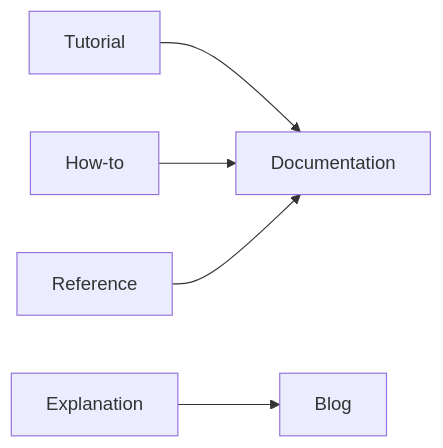
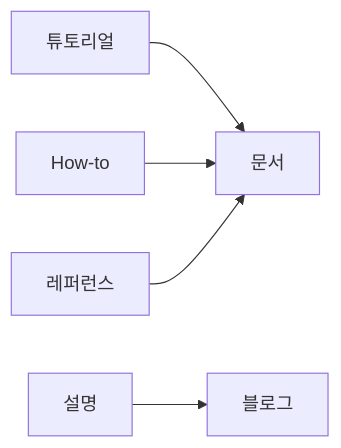
The diagram in content/technical-writing-101/ko/09-blog-vs-docs.md (yeongseon-books/book-content), drawn with Mermaid before and after one commit. The commit also changed other lines of this file and 7 other files, not shown here.

````diff
--- a/content/technical-writing-101/ko/09-blog-vs-docs.md
+++ b/content/technical-writing-101/ko/09-blog-vs-docs.md
@@ -33,7 +50,7 @@
 ```mermaid
 flowchart LR
-    Tut[Tutorial] --> Doc[Documentation]
+    Tut[튜토리얼] --> Doc[문서]
     HT[How-to] --> Doc
-    Ref[Reference] --> Doc
-    Exp[Explanation] --> Blog[Blog]
+    Ref[레퍼런스] --> Doc
+    Exp[설명] --> Blog[블로그]
 ```
````
